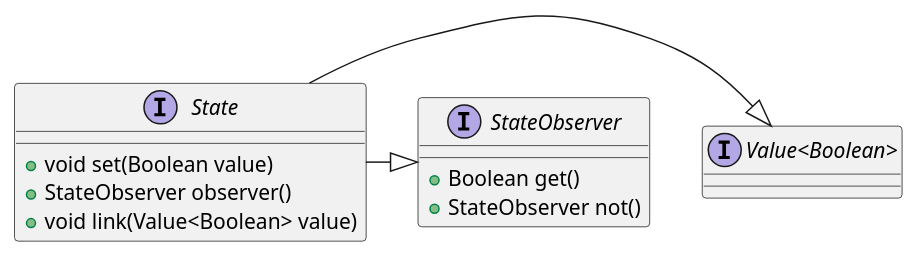
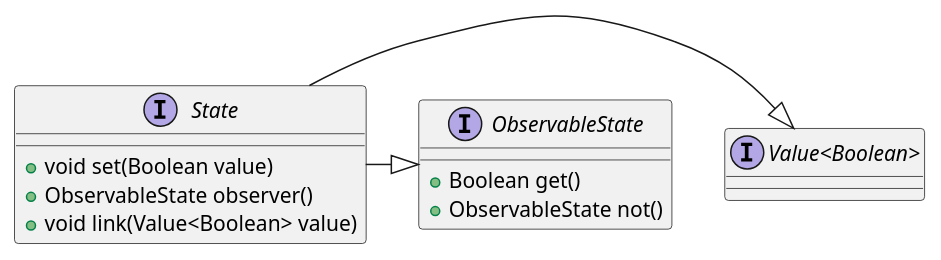
The third of 3 diagrams in documentation/src/docs/asciidoc/manual/common-core.adoc (codion-is/codion), drawn with PlantUML before and after one commit. The commit also changed other lines of this file and 4 other files, not shown here.

```diff
--- a/documentation/src/docs/asciidoc/manual/common-core.adoc
+++ b/documentation/src/docs/asciidoc/manual/common-core.adoc
@@ -101,20 +101,20 @@
 [plantuml,state-diagram,svg,align=center]
 -------------------------------------------
 skinparam genericDisplay old
 
 interface State {
     +void set(Boolean value)
-    +StateObserver observer()
+    +ObservableState observer()
     +void link(Value<Boolean> value)
 }
 
-interface StateObserver {
+interface ObservableState {
     +Boolean get()
-    +StateObserver not()
+    +ObservableState not()
 }
 
 interface Value<Boolean> {}
 
 State -|> Value
-State -|> StateObserver
+State -|> ObservableState
 -------------------------------------------
```
